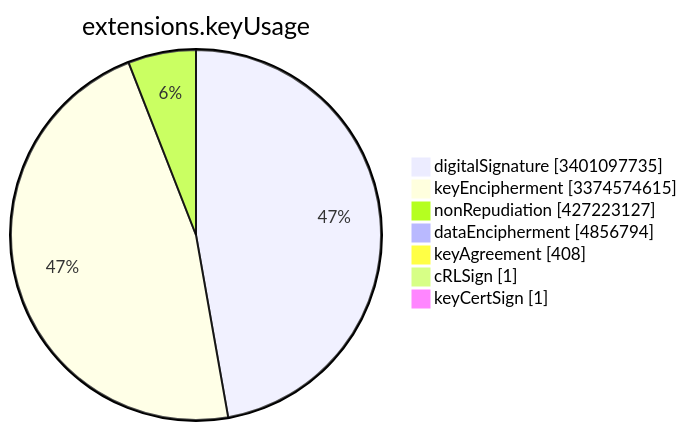
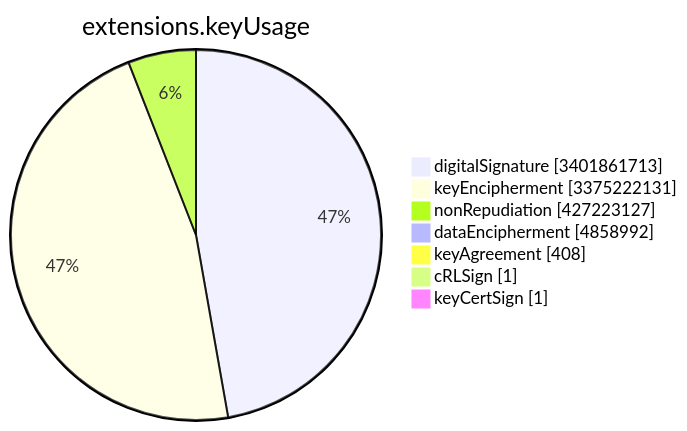
One commit to christiankrug/ctmonitor_visualization changed the sixth of 15 diagrams in TOTAL/README.md. Above: the diagram before and after it, drawn with Mermaid. The commit also changed other lines of this file, not shown here.

````diff
--- a/TOTAL/README.md
+++ b/TOTAL/README.md
@@ -3081,11 +3081,11 @@
 ```mermaid
 pie showData
 title extensions.keyUsage
-"digitalSignature" :3401097735
-"keyEncipherment" :3374574615
+"digitalSignature" :3401861713
+"keyEncipherment" :3375222131
 "nonRepudiation" :427223127
-"dataEncipherment" :4856794
+"dataEncipherment" :4858992
 "keyAgreement" :408
 "cRLSign" :1
 "keyCertSign" :1
 ```
````
